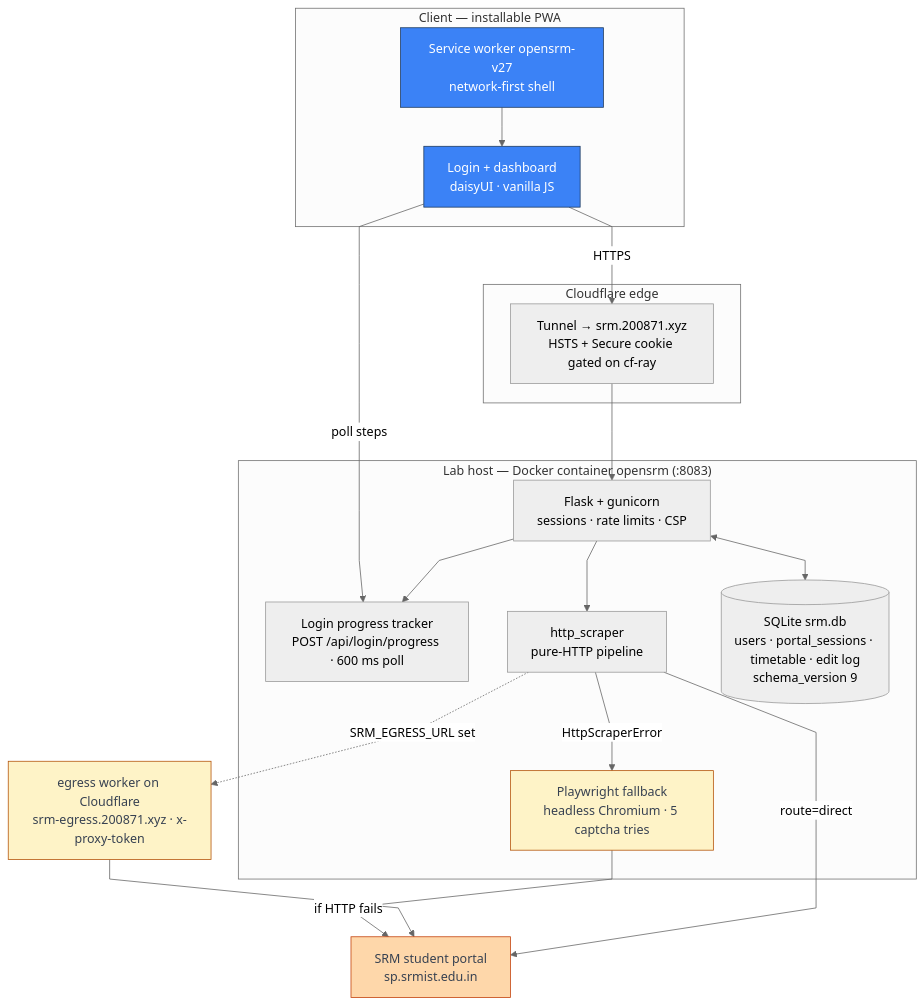
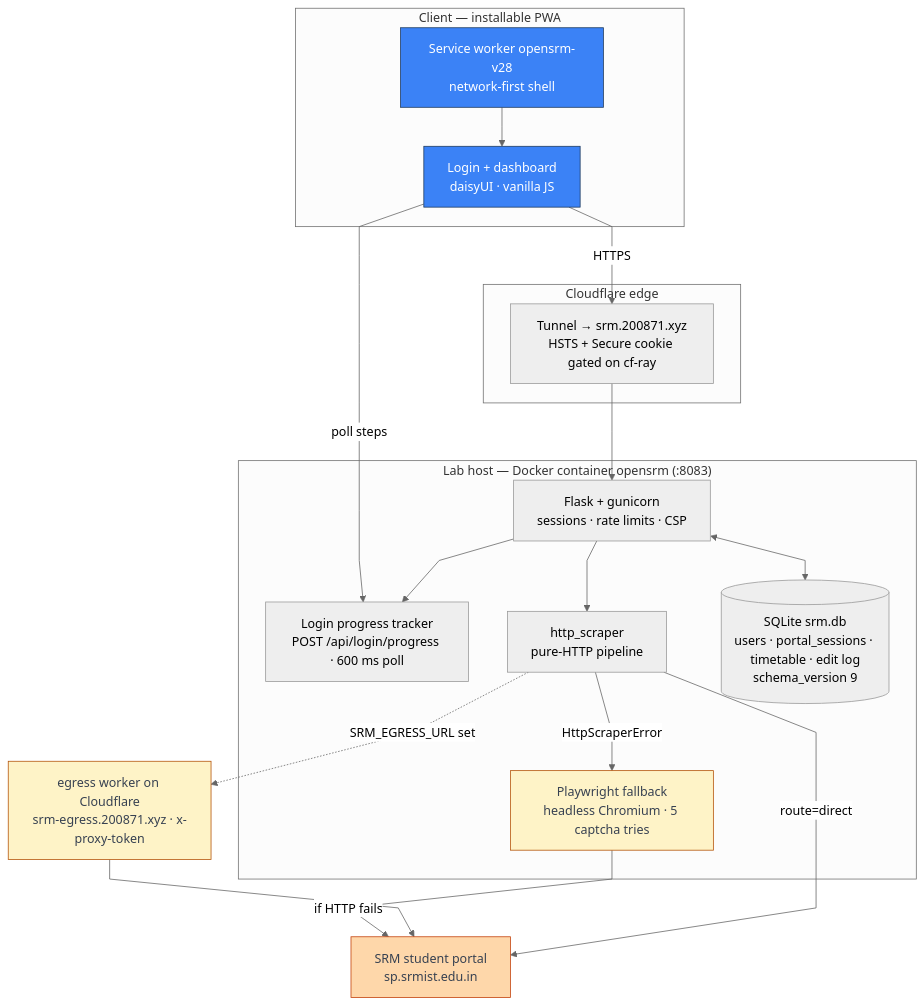
One commit to thenabbu/OpenSRM changed the first of 3 diagrams in README.md. Above: the diagram before and after it, drawn with Mermaid (neutral theme). The commit also changed 2 other files, not shown here.

Commit message:
fix(security): no offline copy of account HTML + JS revalidation (audit run-1 #12/R1)
finding: the service worker cached authenticated HTML (attendance, marks,
personal details) and served it as the offline fallback with no session
binding — on a shared browser profile the previous student's dashboard was
served to the next principal (reproduced twice: network failure before any
successful online load of the new session's "/").

fix: the HTML branch is network-only with a generic zero-account-data
offline page (503); cache put/match for HTML are gone entirely, so account
HTML is never stored by the worker either. Static assets keep their
network-first + cache-fallback path, /logout still wipes the whole cache.
CACHE_NAME bumped v27 -> v28 (activate drops old caches) and README's
diagram updated in step.

R1 companion: static .js went from max-age=3600 to no-cache so a deploy can
never leave a stale shell (old API shape) in the browser for an hour; the SW
itself now updates on the next navigation instead of after up to 1h. .json
(manifest) stays cacheable.

verified: node --check sw.js, verify76 72/72 (L37/D58 README cache-name pins
updated), ruff clean.

````diff
--- a/README.md
+++ b/README.md
@@ -70,43 +70,43 @@
 ```mermaid
 %%{init: {"flowchart": {"curve": "linear"}}}%%
 flowchart TD
     subgraph client["Client — installable PWA"]
         UI["Login + dashboard<br/>daisyUI · vanilla JS"]
-        SW["Service worker opensrm-v27<br/>network-first shell"]
+        SW["Service worker opensrm-v28<br/>network-first shell"]
     end
 
     subgraph edge["Cloudflare edge"]
         TUN["Tunnel → srm.200871.xyz<br/>HSTS + Secure cookie gated on cf-ray"]
     end
 
     subgraph lab["Lab host — Docker container opensrm (:8083)"]
         FL["Flask + gunicorn<br/>sessions · rate limits · CSP"]
         PROG["Login progress tracker<br/>POST /api/login/progress · 600 ms poll"]
         HS["http_scraper<br/>pure-HTTP pipeline"]
         PW["Playwright fallback<br/>headless Chromium · 5 captcha tries"]
         DB[("SQLite srm.db<br/>users · portal_sessions · timetable · edit log<br/>schema_version 9")]
         FL --> PROG
         FL <--> DB
         FL --> HS
         HS -->|"HttpScraperError"| PW
     end
 
     EG["egress worker on Cloudflare<br/>srm-egress.200871.xyz · x-proxy-token"]
     P["SRM student portal<br/>sp.srmist.edu.in"]
 
     UI -->|"HTTPS"| TUN
     TUN --> FL
     SW --> UI
     UI -->|"poll steps"| PROG
     HS -->|"route=direct"| P
     HS -.->|"SRM_EGRESS_URL set"| EG
     EG --> P
     PW -->|"if HTTP fails"| P
 
     classDef client fill:#3b82f6,stroke:#1e3a5f,color:#ffffff
     classDef conditional fill:#fef3c7,stroke:#b45309,color:#374151
     classDef external fill:#fed7aa,stroke:#c2410c,color:#374151
     class UI,SW client
     class PW,EG conditional
     class P external
 ```
````
